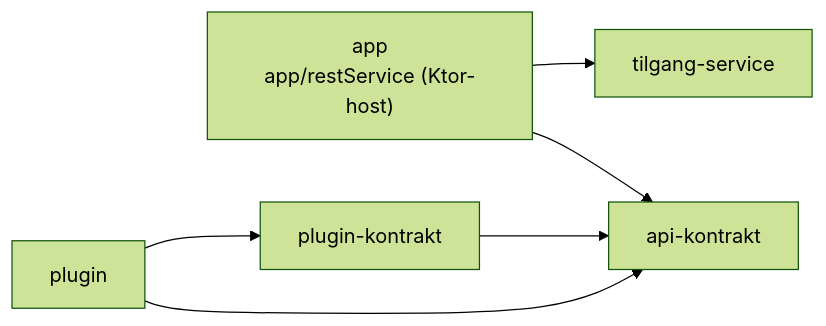
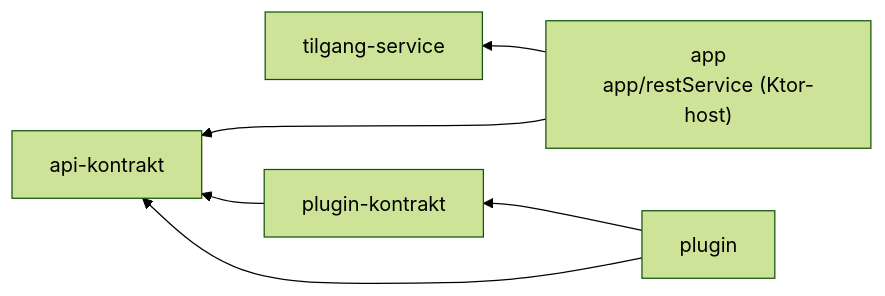
One commit to navikt/aap-tilgang changed the third of 3 diagrams in README.md. Above: the diagram before and after it, drawn with Mermaid (forest theme). The commit also changed 1 other file, not shown here.

Commit message:
docs(readme): place API contract leftmost in module diagram

````diff
--- a/README.md
+++ b/README.md
@@ -115,14 +115,18 @@
 ```mermaid
-flowchart LR
+flowchart RL
     app["app<br/>app/restService (Ktor-host)"]
     service["tilgang-service"]
     api["api-kontrakt"]
     plugin["plugin"]
     pluginContract["plugin-kontrakt"]
 
     app --> service
     app --> api
     plugin --> pluginContract
     plugin --> api
     pluginContract --> api
+
+    %% Usynlig lenke for plassering: holder api-kontrakt alene lengst til venstre.
+    %% Det er ingen avhengighet mellom tilgang-service og api-kontrakt.
+    service ~~~ api
 ```
````
